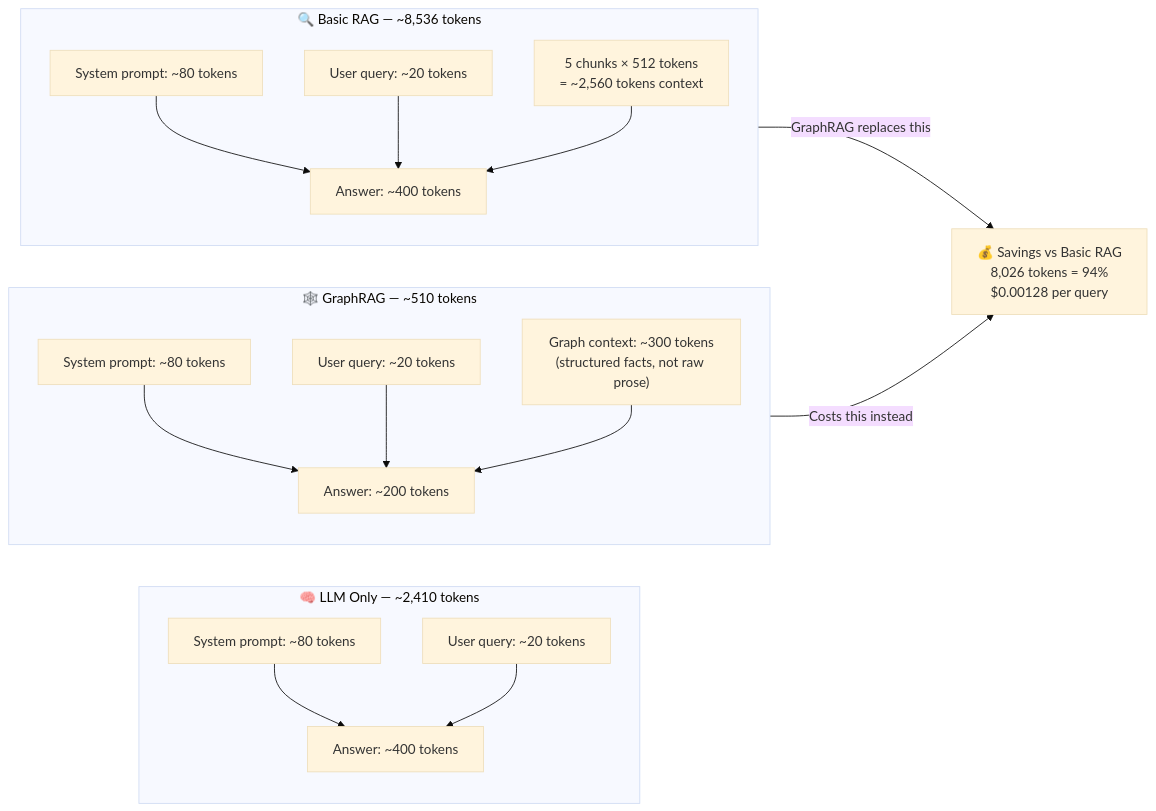
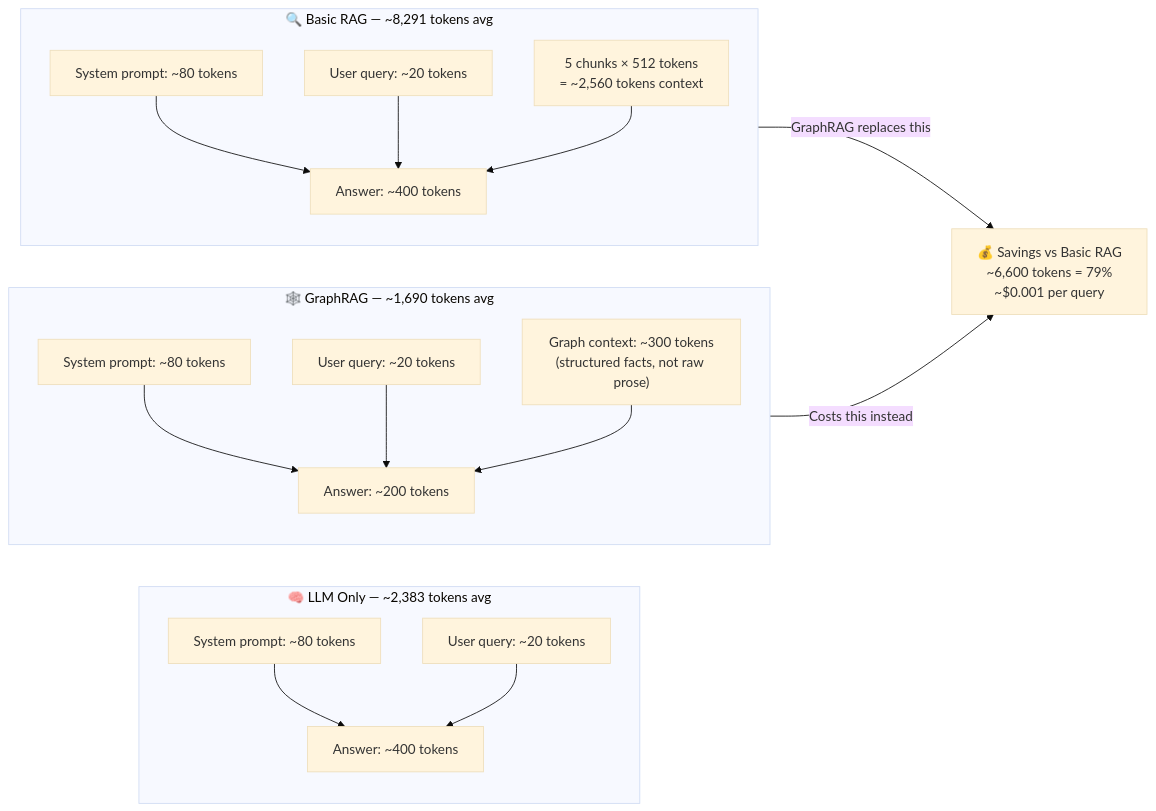
Diagram 12 of 16 in architecture.md (AayushG10/graprag-evaluation-piplines), drawn with Mermaid (base theme) before and after one commit. The commit also changed other lines of this file and 14 other files, not shown here.

````diff
--- a/architecture.md
+++ b/architecture.md
@@ -508,30 +508,30 @@
 ```mermaid
 flowchart LR
-    subgraph LLM_ONLY["🧠 LLM Only — ~2,410 tokens"]
+    subgraph LLM_ONLY["🧠 LLM Only — ~2,383 tokens avg"]
         L1["System prompt: ~80 tokens"]
         L2["User query: ~20 tokens"]
         L3["Answer: ~400 tokens"]
         L1 --> L3
         L2 --> L3
     end
 
-    subgraph BASIC_RAG["🔍 Basic RAG — ~8,536 tokens"]
+    subgraph BASIC_RAG["🔍 Basic RAG — ~8,291 tokens avg"]
         R1["System prompt: ~80 tokens"]
         R2["User query: ~20 tokens"]
         R3["5 chunks × 512 tokens\n= ~2,560 tokens context"]
         R4["Answer: ~400 tokens"]
         R1 & R2 & R3 --> R4
     end
 
-    subgraph GRAPHRAG["🕸️ GraphRAG — ~510 tokens"]
+    subgraph GRAPHRAG["🕸️ GraphRAG — ~1,690 tokens avg"]
         G1["System prompt: ~80 tokens"]
         G2["User query: ~20 tokens"]
         G3["Graph context: ~300 tokens\n(structured facts, not raw prose)"]
         G4["Answer: ~200 tokens"]
         G1 & G2 & G3 --> G4
     end
 
-    SAVING["💰 Savings vs Basic RAG\n8,026 tokens = 94%\n$0.00128 per query"]
+    SAVING["💰 Savings vs Basic RAG\n~6,600 tokens = 79%\n~$0.001 per query"]
     BASIC_RAG -->|"GraphRAG replaces this"| SAVING
     GRAPHRAG -->|"Costs this instead"| SAVING
 ```
````
